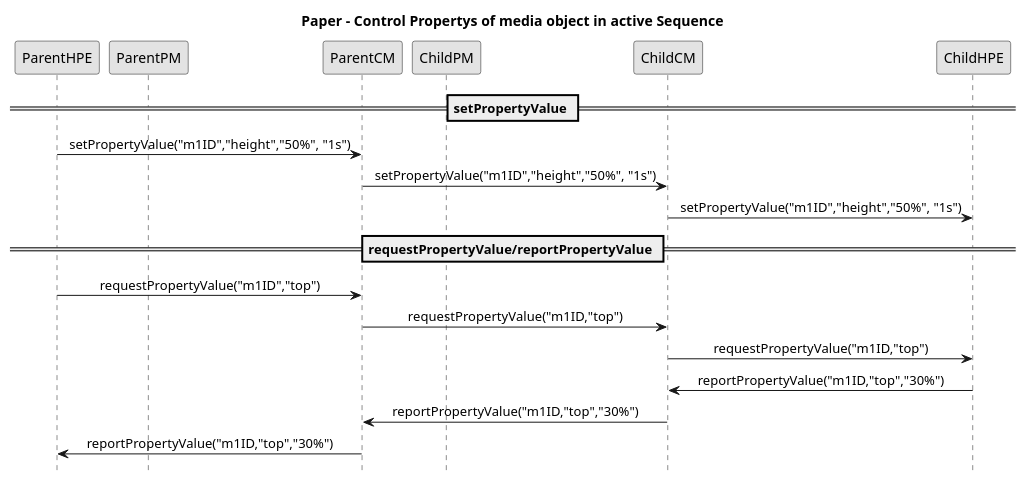
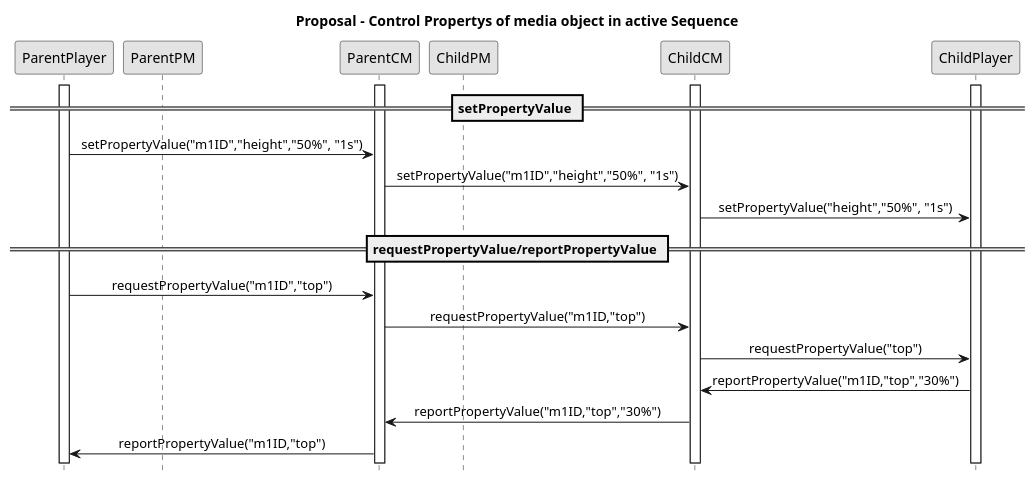
One commit to alanlivio/fsmda changed the diagram in sequence4proposal.plantuml. Above: the diagram before and after it, drawn with PlantUML. The commit also changed 6 other files, not shown here.

Commit message:
docs: Refactory title names. Fixes. Rename ChildHPE and ParentHPE to Player in objects controls. Remove media ID to Player call.

```diff
--- a/sequence4proposal.plantuml
+++ b/sequence4proposal.plantuml
@@ -2,28 +2,32 @@
 @startuml
 hide footbox
 skinparam monochrome true
 skinparam sequenceMessageAlign center
 
-participant ParentHPE
+participant ParentPlayer
 participant ParentPM
 participant ParentCM
 participant ChildPM
 participant ChildCM
-participant ChildHPE
+participant ChildPlayer
 
-''''''''''''''''''Paper - Control Propertys of media object in active Sequence'''''''''''''''''
-title Paper - Control Propertys of media object in active Sequence
+''''''''''''''''''Proposal - Control Propertys of media object in active Sequence'''''''''''''''''
+title Proposal - Control Propertys of media object in active Sequence
+activate ParentPlayer
+activate ParentCM
+activate ChildCM
+activate ChildPlayer
 == setPropertyValue ==
-ParentHPE->ParentCM: setPropertyValue("m1ID","height","50%", "1s")
+ParentPlayer->ParentCM: setPropertyValue("m1ID","height","50%", "1s")
 ParentCM->ChildCM: setPropertyValue("m1ID","height","50%", "1s")
-ChildCM->ChildHPE: setPropertyValue("m1ID","height","50%", "1s")
+ChildCM->ChildPlayer: setPropertyValue("height","50%", "1s")
 == requestPropertyValue/reportPropertyValue ==
-ParentHPE->ParentCM: requestPropertyValue("m1ID","top")
+ParentPlayer->ParentCM: requestPropertyValue("m1ID","top")
 ParentCM->ChildCM: requestPropertyValue("m1ID,"top")
-ChildCM->ChildHPE: requestPropertyValue("m1ID,"top")
-ChildHPE->ChildCM: reportPropertyValue("m1ID,"top","30%")
+ChildCM->ChildPlayer: requestPropertyValue("top")
+ChildPlayer->ChildCM: reportPropertyValue("m1ID,"top","30%")
 ChildCM->ParentCM: reportPropertyValue("m1ID,"top","30%")
-ParentCM->ParentHPE: reportPropertyValue("m1ID,"top","30%")
+ParentCM->ParentPlayer: reportPropertyValue("m1ID,"top")
 
 ''''''''''''''''''Ending PLANTUML params'''''''''''''''''
 @enduml
```
